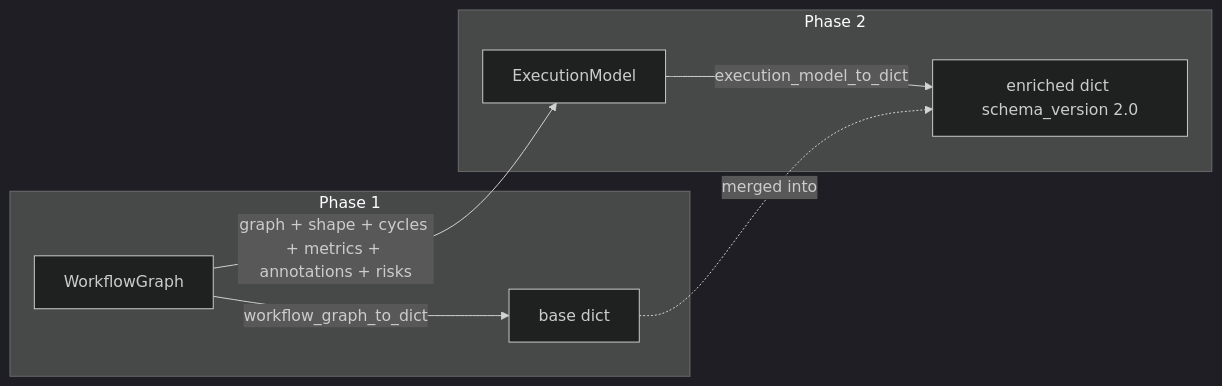
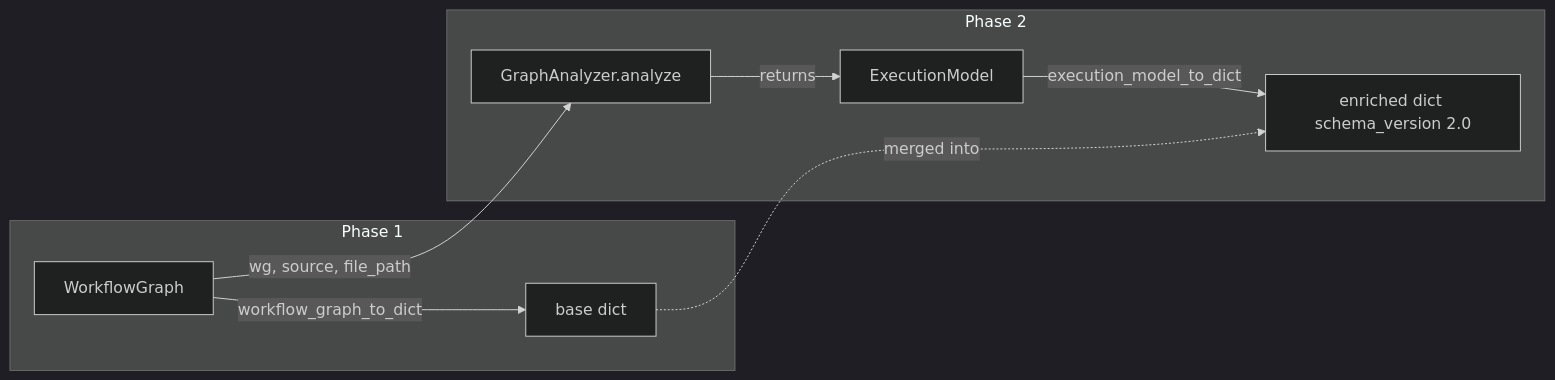
The tenth of 11 diagrams in docs/flow-diagrams.md (xZiro-Lab/Noctyl), drawn with Mermaid (dark theme) before and after one commit. The commit also changed other lines of this file, not shown here.

````diff
--- a/docs/flow-diagrams.md
+++ b/docs/flow-diagrams.md
@@ -309,13 +309,15 @@
 ```mermaid
 flowchart LR
   subgraph phase1 [Phase 1]
     WG[WorkflowGraph]
     WG -->|workflow_graph_to_dict| BaseDict[base dict]
   end
   subgraph phase2 [Phase 2]
+    Analyzer[GraphAnalyzer.analyze]
     EM[ExecutionModel]
+    Analyzer -->|returns| EM
     EM -->|execution_model_to_dict| EnrichedDict[enriched dict schema_version 2.0]
     BaseDict -.->|merged into| EnrichedDict
   end
-  WG -->|graph + shape + cycles + metrics + annotations + risks| EM
+  WG -->|wg, source, file_path| Analyzer
 ```
````
